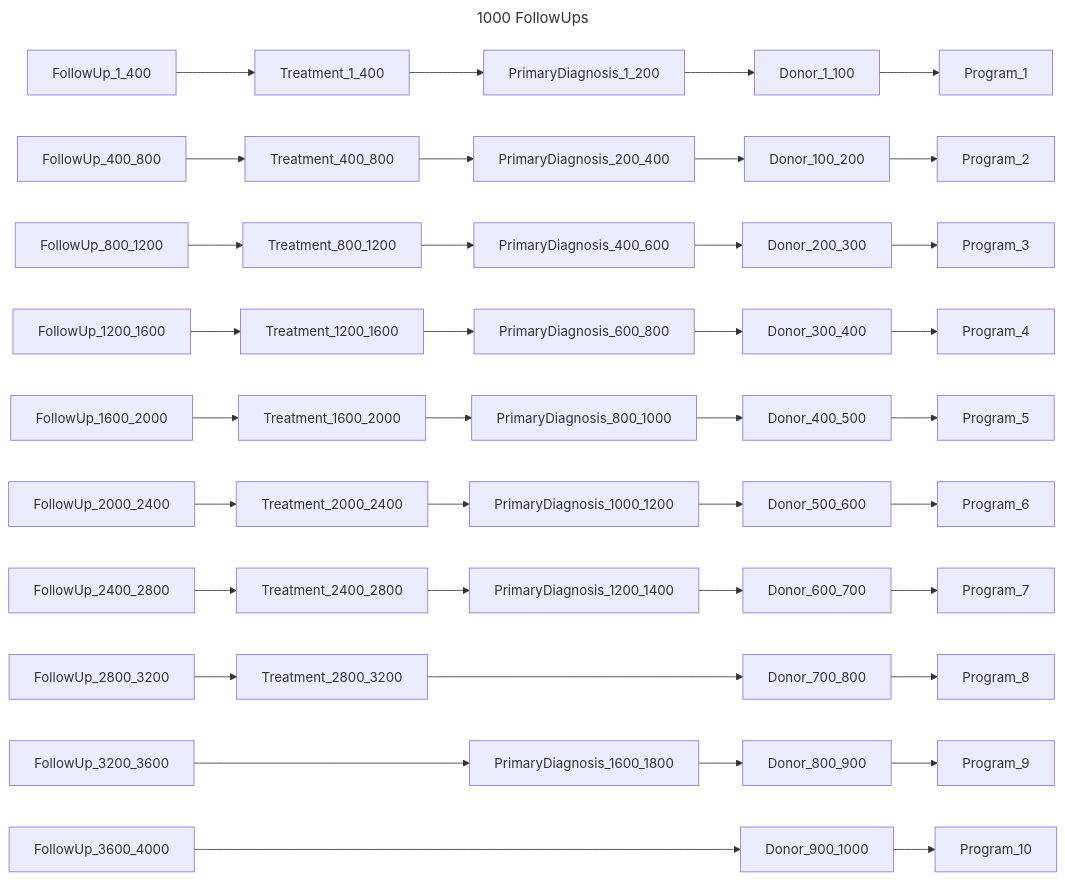
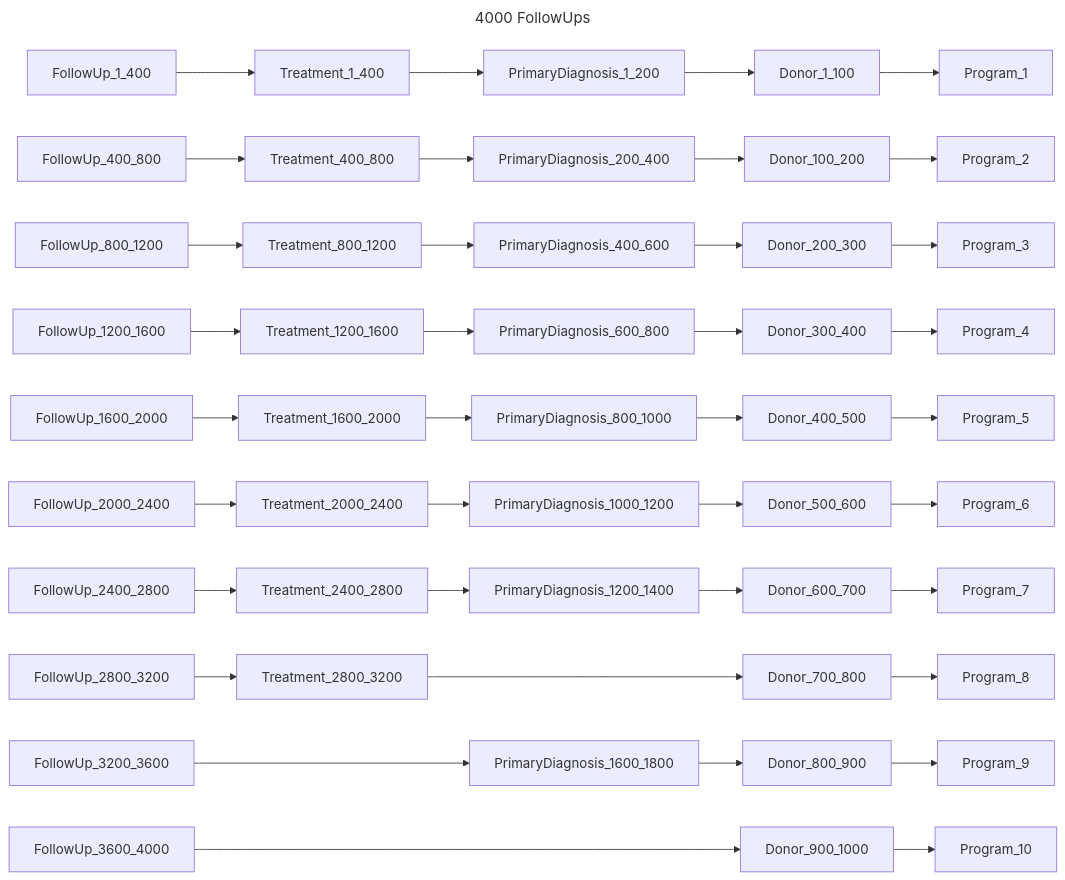
Before and after one commit to bento-platform/katsu: diagram 11 of 13 in chord_metadata_service/mohpackets/data/large_dataset/README.md, drawn with Mermaid.

````diff
--- a/chord_metadata_service/mohpackets/data/large_dataset/README.md
+++ b/chord_metadata_service/mohpackets/data/large_dataset/README.md
@@ -158,16 +158,16 @@
 ```mermaid
 ---
-title: 1000 FollowUps
+title: 4000 FollowUps
 ---
 graph LR;  
   FollowUp_1_400 --> Treatment_1_400 --> PrimaryDiagnosis_1_200 --> Donor_1_100 --> Program_1;
   FollowUp_400_800 --> Treatment_400_800 --> PrimaryDiagnosis_200_400 --> Donor_100_200 --> Program_2;  
   FollowUp_800_1200 --> Treatment_800_1200 --> PrimaryDiagnosis_400_600 --> Donor_200_300 --> Program_3;  
   FollowUp_1200_1600 --> Treatment_1200_1600 --> PrimaryDiagnosis_600_800 --> Donor_300_400 --> Program_4;  
   FollowUp_1600_2000 --> Treatment_1600_2000 --> PrimaryDiagnosis_800_1000 --> Donor_400_500 --> Program_5;  
   FollowUp_2000_2400 --> Treatment_2000_2400 --> PrimaryDiagnosis_1000_1200 --> Donor_500_600 --> Program_6;  
   FollowUp_2400_2800 --> Treatment_2400_2800 --> PrimaryDiagnosis_1200_1400 --> Donor_600_700 --> Program_7;  
   FollowUp_2800_3200 --> Treatment_2800_3200 ---> Donor_700_800 --> Program_8;  
   FollowUp_3200_3600 ---> PrimaryDiagnosis_1600_1800 --> Donor_800_900 --> Program_9;
   FollowUp_3600_4000 ----> Donor_900_1000 --> Program_10;  
 ```
````
